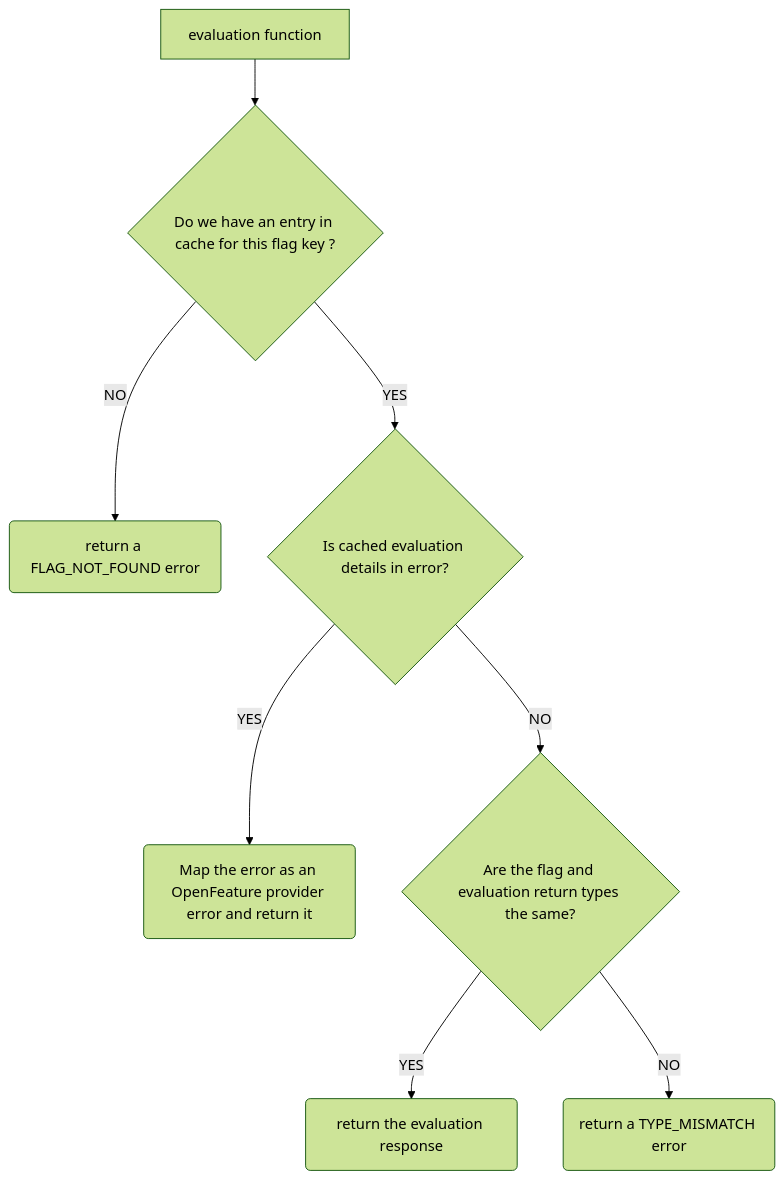
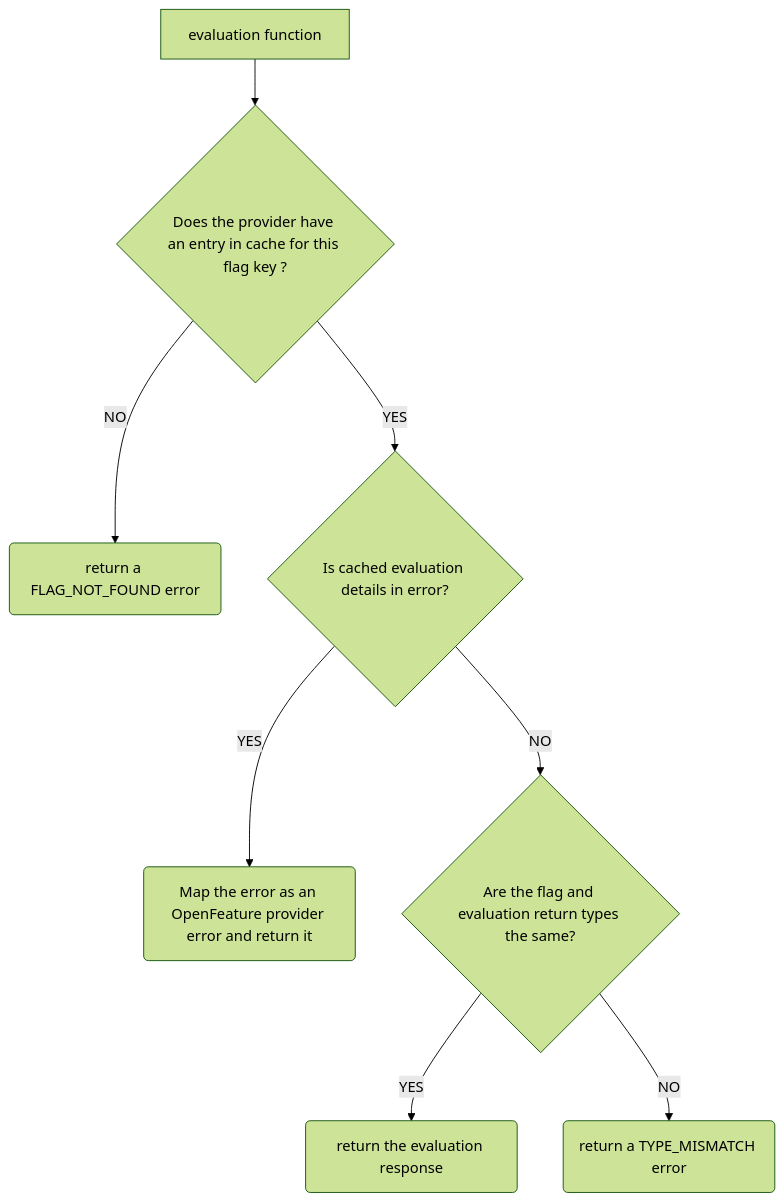
Before and after one commit to open-feature/protocol: the diagram in guideline/static-context-provider.md, drawn with Mermaid (forest theme). The commit also changed other lines of this file, not shown here.

````diff
--- a/guideline/static-context-provider.md
+++ b/guideline/static-context-provider.md
@@ -57,10 +57,10 @@
 ```mermaid
 flowchart TD
-    A[evaluation function] --> D{Do we have an entry in cache for this flag key ?}
+    A[evaluation function] --> D{Does the provider have an entry in cache for this flag key ?}
     D --> |NO| E(return a FLAG_NOT_FOUND error)
     D --> |YES| F{Is cached evaluation details in error?} 
     F --> |YES| G(Map the error as an OpenFeature provider error and return it)
     F --> |NO| H{Are the flag and evaluation return types the same?}
     H --> |YES| I(return the evaluation response)
     H --> |NO| J(return a TYPE_MISMATCH error)
 ```
````
